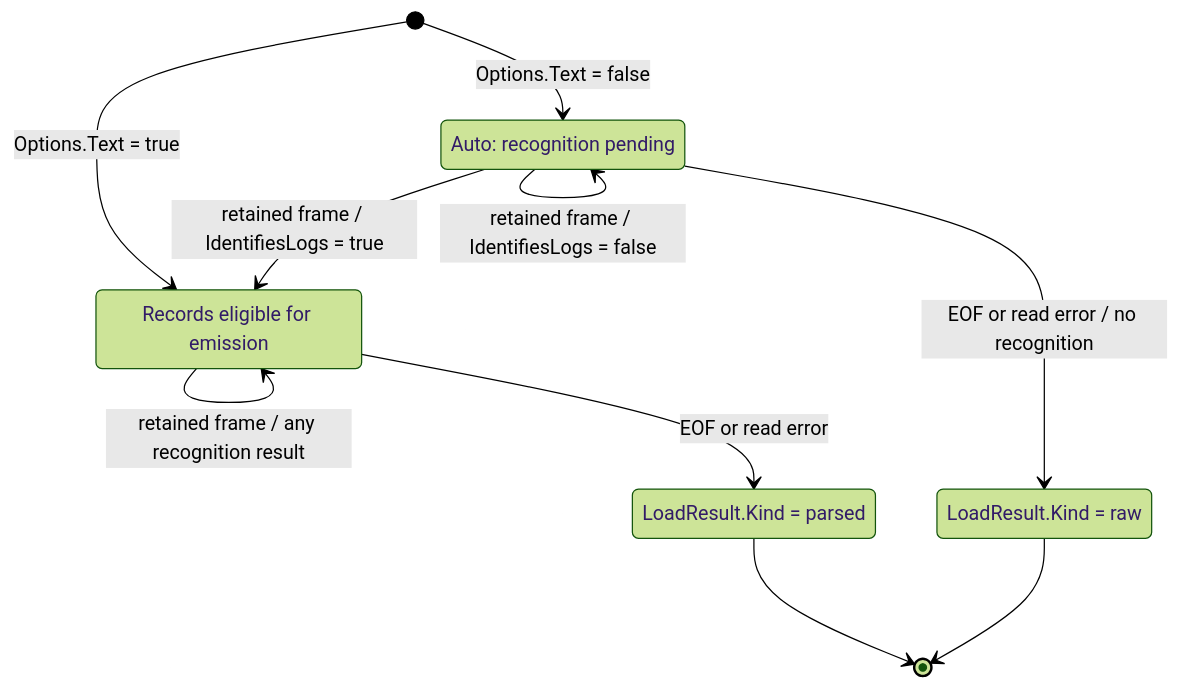
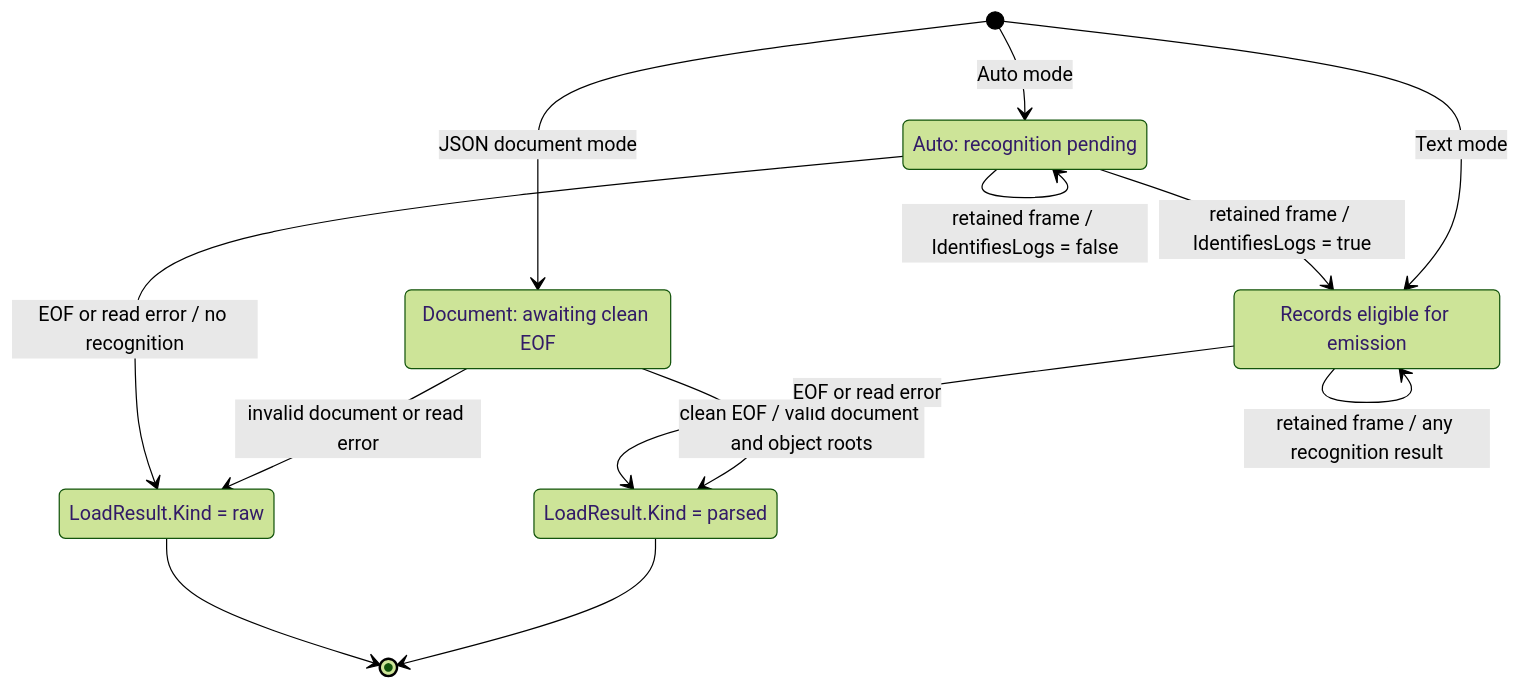
One commit to jpetroff/streamline changed the second of 4 diagrams in .memory/parser.md. Above: the diagram before and after it, drawn with Mermaid (forest theme). The commit also changed other lines of this file and 32 other files, not shown here.

````diff
--- a/.memory/parser.md
+++ b/.memory/parser.md
@@ -129,16 +170,20 @@
 ```mermaid
 stateDiagram-v2
   state "Auto: recognition pending" as Pending
   state "Records eligible for emission" as Active
   state "LoadResult.Kind = parsed" as Parsed
   state "LoadResult.Kind = raw" as Raw
-  [*] --> Pending: Options.Text = false
-  [*] --> Active: Options.Text = true
+  state "Document: awaiting clean EOF" as DocumentPending
+  [*] --> DocumentPending: JSON document mode
+  DocumentPending --> Parsed: clean EOF / valid document and object roots
+  DocumentPending --> Raw: invalid document or read error
+  [*] --> Pending: Auto mode
+  [*] --> Active: Text mode
   Pending --> Pending: retained frame / IdentifiesLogs = false
   Pending --> Active: retained frame / IdentifiesLogs = true
   Active --> Active: retained frame / any recognition result
   Pending --> Raw: EOF or read error / no recognition
   Active --> Parsed: EOF or read error
   Parsed --> [*]
   Raw --> [*]
 ```
````
